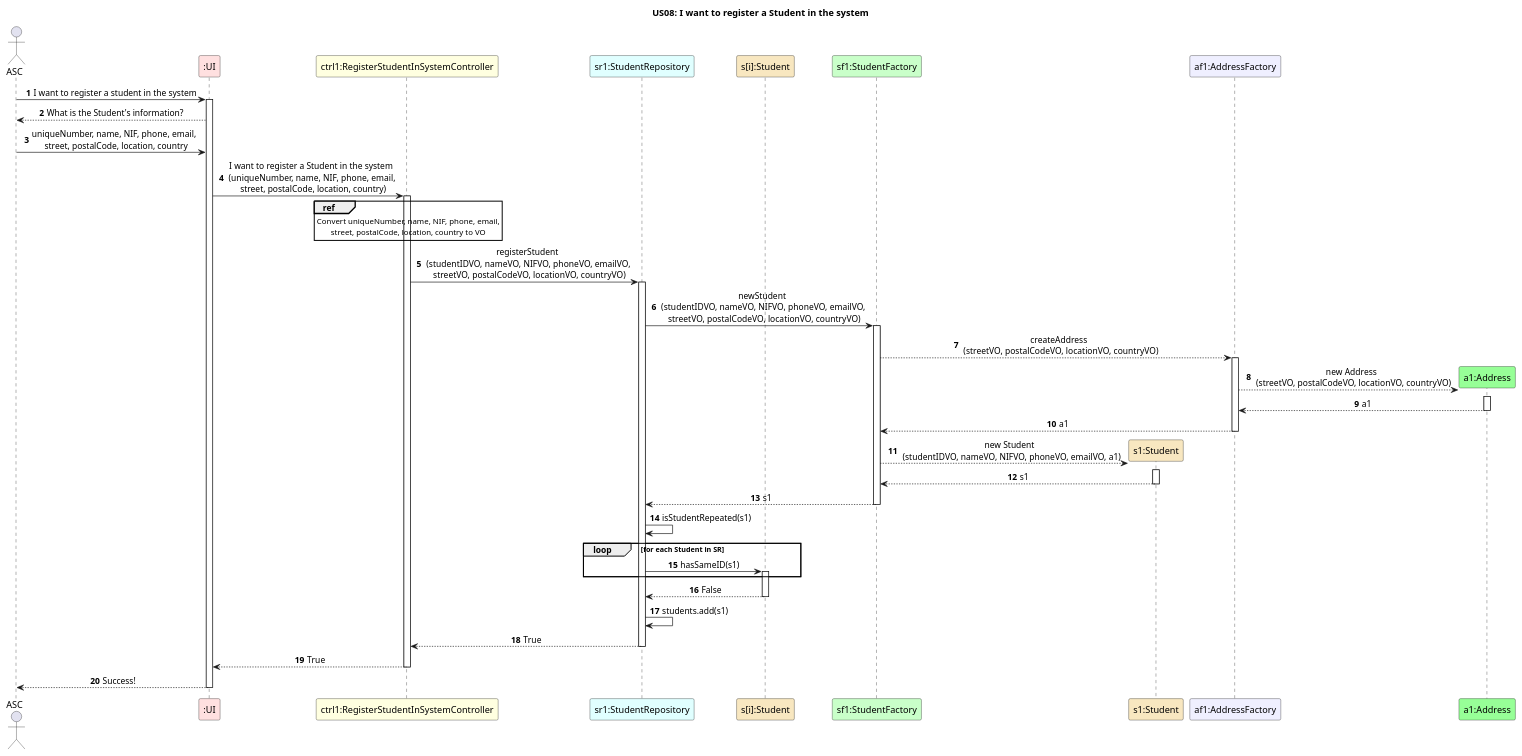
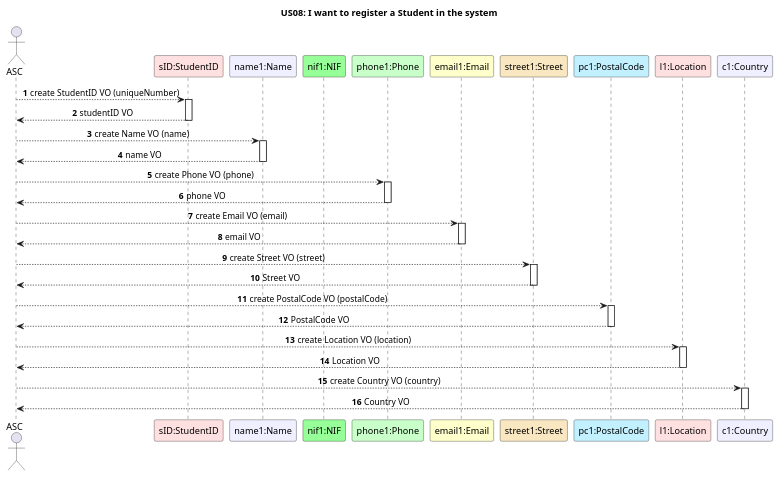
The diagram in docs/US08/US08_SequenceDiagramv2.puml (GasparISEP/DevOps-PAI), drawn with PlantUML before and after one commit. The commit also changed 1 other file, not shown here.

Commit message:
Refs #153: Added diagram that is referenced by US08_SequenceDiagram and made small change to US08_SSD

```diff
--- a/docs/US08/US08_SequenceDiagramv2.puml
+++ b/docs/US08/US08_SequenceDiagramv2.puml
@@ -1,69 +1,57 @@
 @startuml
 autonumber
 skinparam sequenceMessageAlign center
 title US08: I want to register a Student in the system
 
 actor ASC
-participant ":UI" as UI #implementation
-participant "ctrl1:RegisterStudentInSystemController" as ctrl #lightyellow
-participant "sr1:StudentRepository" as SR #lightcyan
-participant "s[i]:Student" as Student #strategy
-participant "sf1:StudentFactory" as SF #technology
-participant "s1:Student" as s1 #strategy
-participant "af1:AddressFactory" as AF #motivation
-participant "a1:Address" as A #physical
+participant "sID:StudentID" as studentID #implementation
+participant "name1:Name" as name #motivation
+participant "nif1:NIF" as NIF #physical
+participant "phone1:Phone" as phone #technology
+participant "email1:Email" as email #business
+participant "street1:Street" as street #strategy
+participant "pc1:PostalCode" as postalCode #application
+participant "l1:Location" as location #implementation
+participant "c1:Country" as country #motivation
 
-ASC -> UI: I want to register a student in the system
-activate UI
-UI --> ASC: What is the Student's information?
-ASC -> UI: uniqueNumber, name, NIF, phone, email, \n street, postalCode, location, country
+ASC --> studentID : create StudentID VO (uniqueNumber)
+activate studentID
+studentID --> ASC : studentID VO
+deactivate studentID
 
-UI -> ctrl: I want to register a Student in the system \n (uniqueNumber, name, NIF, phone, email, \n street, postalCode, location, country)
-activate ctrl
-ref over ctrl
-    Convert uniqueNumber, name, NIF, phone, email,
-    street, postalCode, location, country to VO
-end ref
+ASC --> name : create Name VO (name)
+activate name
+name --> ASC : name VO
+deactivate name
 
-ctrl -> SR: registerStudent \n (studentIDVO, nameVO, NIFVO, phoneVO, emailVO, \n streetVO, postalCodeVO, locationVO, countryVO)
-activate SR
+ASC --> phone : create Phone VO (phone)
+activate phone
+phone --> ASC : phone VO
+deactivate phone
 
-SR -> SF: newStudent \n (studentIDVO, nameVO, NIFVO, phoneVO, emailVO, \n streetVO, postalCodeVO, locationVO, countryVO)
-activate SF
+ASC --> email : create Email VO (email)
+activate email
+email --> ASC : email VO
+deactivate email
 
-SF --> AF: createAddress \n (streetVO, postalCodeVO, locationVO, countryVO)
-activate AF
+ASC --> street : create Street VO (street)
+activate street
+street --> ASC : Street VO
+deactivate street
 
-AF --> A**: new Address \n (streetVO, postalCodeVO, locationVO, countryVO)
-activate A
-A --> AF: a1
-deactivate A
+ASC --> postalCode : create PostalCode VO (postalCode)
+activate postalCode
+postalCode --> ASC : PostalCode VO
+deactivate postalCode
 
-AF --> SF: a1
-deactivate AF
-SF --> s1**: new Student \n (studentIDVO, nameVO, NIFVO, phoneVO, emailVO, a1)
-activate s1
-s1 --> SF: s1
-deactivate s1
-SF --> SR: s1
-deactivate SF
+ASC --> location : create Location VO (location)
+activate location
+location --> ASC : Location VO
+deactivate location
 
-SR -> SR : isStudentRepeated(s1)
-
-loop for each Student in SR
-    SR -> Student: hasSameID(s1)
-    activate Student
-end
-
-Student --> SR : False
-deactivate Student
-
-SR -> SR: students.add(s1)
-SR --> ctrl: True
-deactivate SR
-ctrl --> UI: True
-deactivate ctrl
-UI --> ASC: Success!
-deactivate UI
+ASC --> country : create Country VO (country)
+activate country
+country --> ASC : Country VO
+deactivate country
 
 @enduml
```
